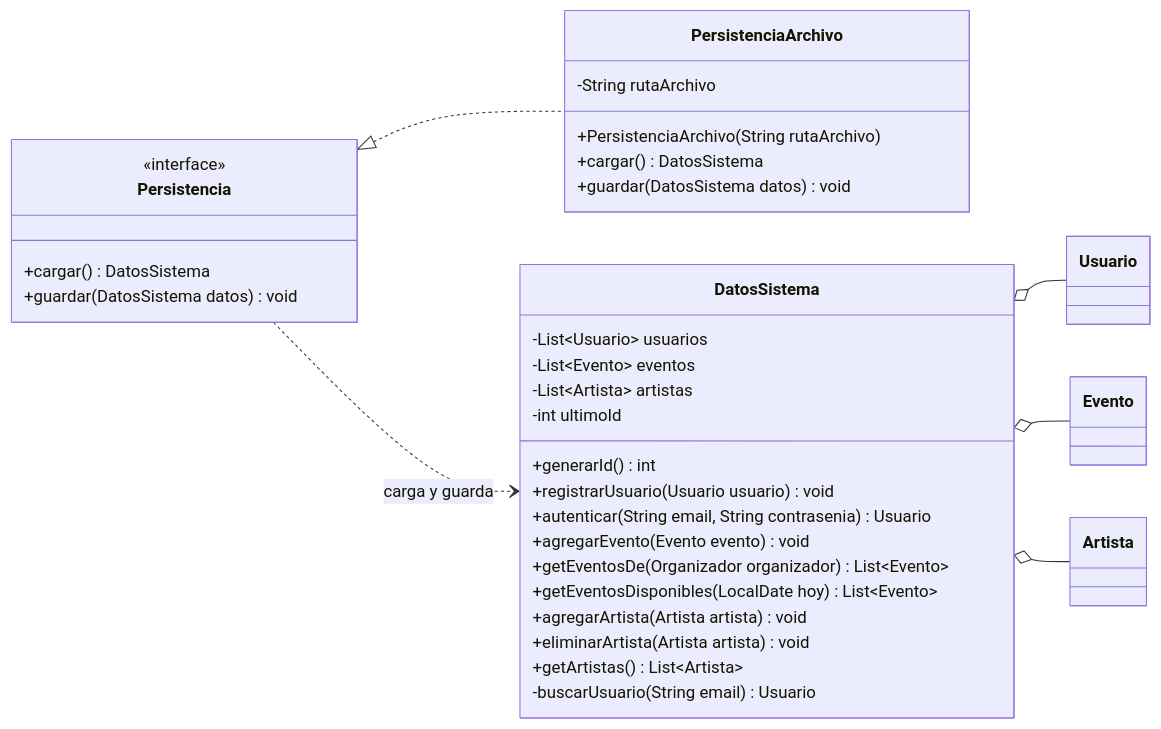
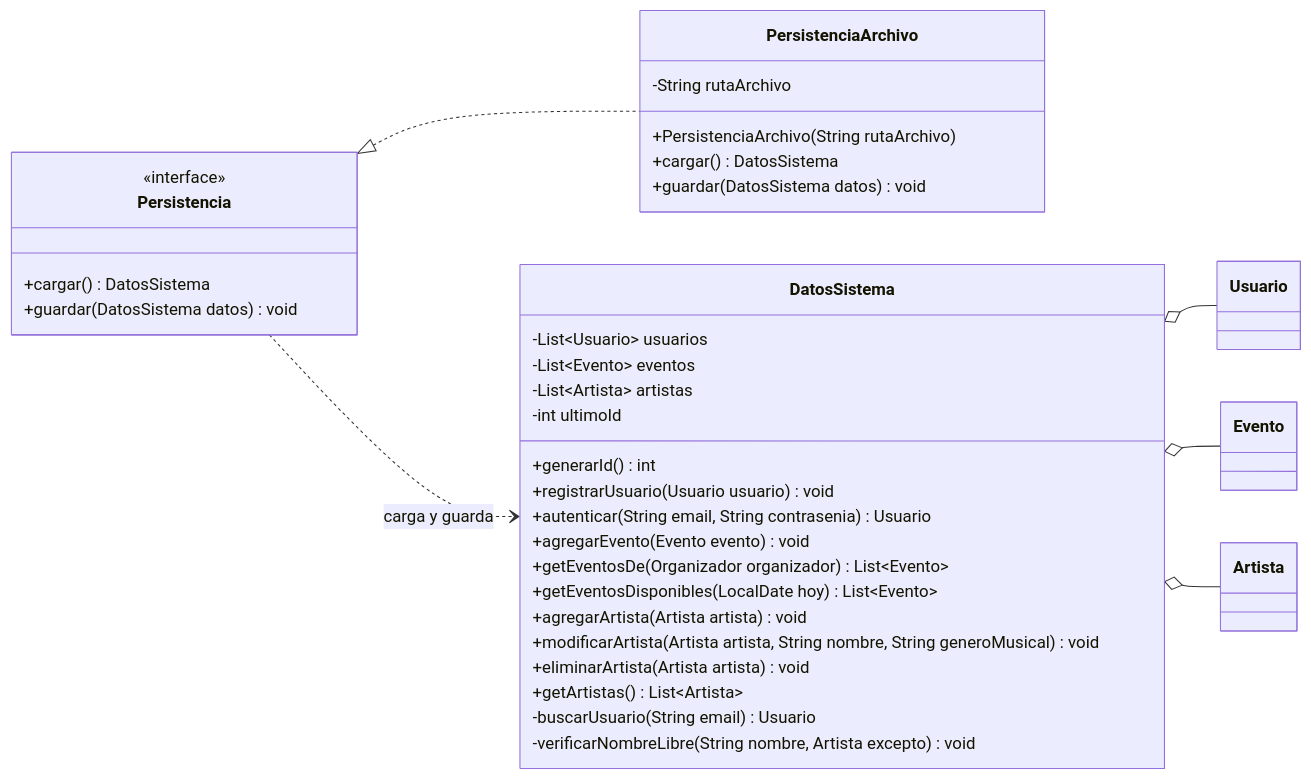
One commit to AgustinSimonenco/gestion-eventos-musicales changed the third of 4 diagrams in docs/diseno/p6-diagrama-de-clases-modelo.md. Above: the diagram before and after it, drawn with Mermaid. The commit also changed other lines of this file and 8 other files, not shown here.

Commit message:
E6 y E7: diagramas al dia (p6, p7, p9) y secuencias de CU04, CU05 y CU15

````diff
--- a/docs/diseno/p6-diagrama-de-clases-modelo.md
+++ b/docs/diseno/p6-diagrama-de-clases-modelo.md
@@ -337,40 +338,42 @@
 ```mermaid
 classDiagram
     direction LR
 
     class Persistencia {
         <<interface>>
         +cargar() DatosSistema
         +guardar(DatosSistema datos) void
     }
 
     class PersistenciaArchivo {
         -String rutaArchivo
         +PersistenciaArchivo(String rutaArchivo)
         +cargar() DatosSistema
         +guardar(DatosSistema datos) void
     }
 
     class DatosSistema {
         -List~Usuario~ usuarios
         -List~Evento~ eventos
         -List~Artista~ artistas
         -int ultimoId
         +generarId() int
         +registrarUsuario(Usuario usuario) void
         +autenticar(String email, String contrasenia) Usuario
         +agregarEvento(Evento evento) void
         +getEventosDe(Organizador organizador) List~Evento~
         +getEventosDisponibles(LocalDate hoy) List~Evento~
         +agregarArtista(Artista artista) void
+        +modificarArtista(Artista artista, String nombre, String generoMusical) void
         +eliminarArtista(Artista artista) void
         +getArtistas() List~Artista~
         -buscarUsuario(String email) Usuario
+        -verificarNombreLibre(String nombre, Artista excepto) void
     }
 
     Persistencia <|.. PersistenciaArchivo
     Persistencia ..> DatosSistema : carga y guarda
     DatosSistema o-- Usuario
     DatosSistema o-- Evento
     DatosSistema o-- Artista
 ```
````
